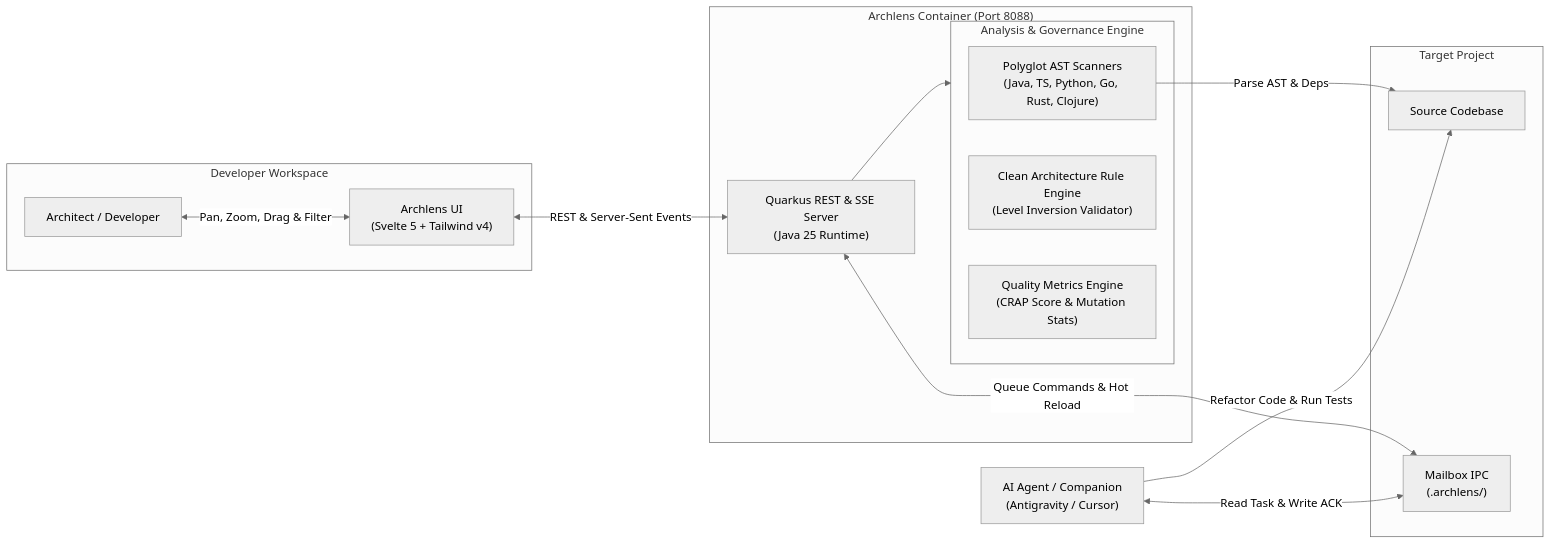
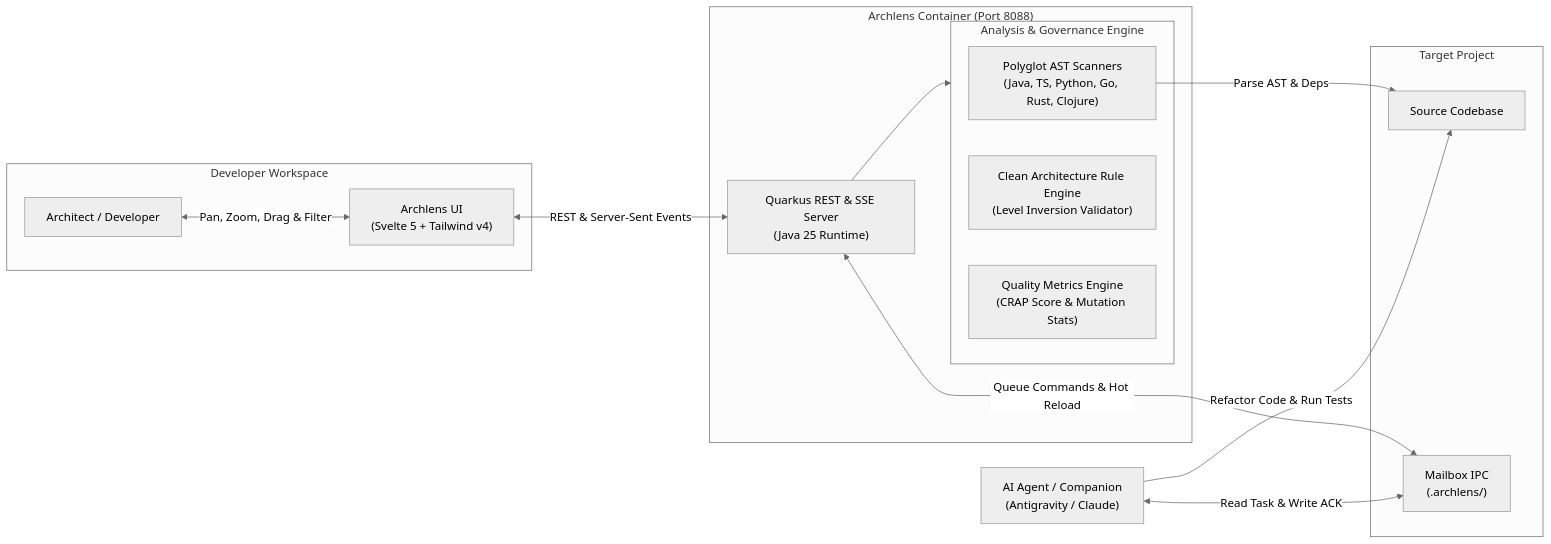
One commit to fmatar/archlens changed the diagram in README.md. Above: the diagram before and after it, drawn with Mermaid (neutral theme). The commit also changed other lines of this file and 6 other files, not shown here.

````diff
--- a/README.md
+++ b/README.md
@@ -47,32 +118,32 @@
 ```mermaid
 flowchart LR
     subgraph Client ["Developer Workspace"]
         User["Architect / Developer"]
         Browser["Archlens UI<br/>(Svelte 5 + Tailwind v4)"]
     end
 
     subgraph Runtime ["Archlens Container (Port 8088)"]
         Server["Quarkus REST & SSE Server<br/>(Java 25 Runtime)"]
         
         subgraph Core ["Analysis & Governance Engine"]
             Scanner["Polyglot AST Scanners<br/>(Java, TS, Python, Go, Rust, Clojure)"]
             Rules["Clean Architecture Rule Engine<br/>(Level Inversion Validator)"]
             Metrics["Quality Metrics Engine<br/>(CRAP Score & Mutation Stats)"]
         end
     end
 
     subgraph Storage ["Target Project"]
         Code["Source Codebase"]
         Mailbox["Mailbox IPC<br/>(.archlens/)"]
     end
 
-    Agent["AI Agent / Companion<br/>(Antigravity / Cursor)"]
+    Agent["AI Agent / Companion<br/>(Antigravity / Claude)"]
 
     User <-->|Pan, Zoom, Drag & Filter| Browser
     Browser <-->|REST & Server-Sent Events| Server
     Server --> Core
     Scanner -->|Parse AST & Deps| Code
     Server <-->|Queue Commands & Hot Reload| Mailbox
     Agent <-->|Read Task & Write ACK| Mailbox
     Agent -->|Refactor Code & Run Tests| Code
 ```
````
